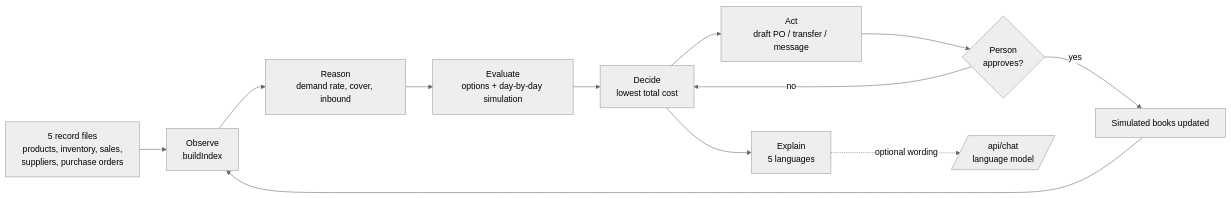
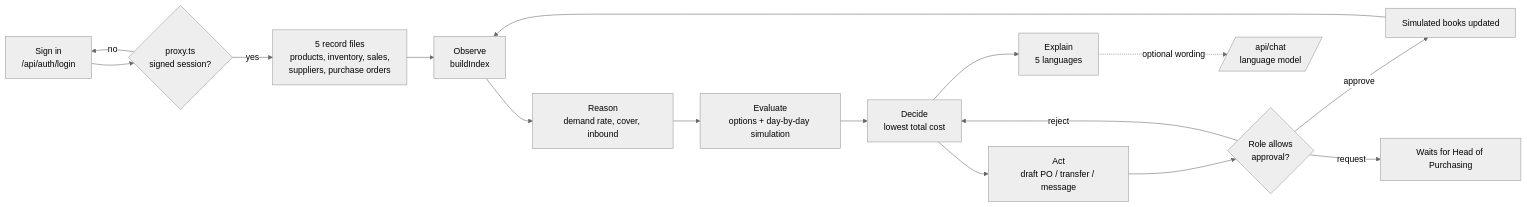
Before and after one commit to UJESH2K/cypher-4: the diagram in README.md, drawn with Mermaid (neutral theme). The commit also changed other lines of this file and 50 other files, not shown here.

````diff
--- a/README.md
+++ b/README.md
@@ -57,13 +75,17 @@
 ```mermaid
 flowchart LR
-  A[5 record files<br/>products, inventory, sales,<br/>suppliers, purchase orders] --> B[Observe<br/>buildIndex]
+  L[Sign in<br/>/api/auth/login] --> P{proxy.ts<br/>signed session?}
+  P -- no --> L
+  P -- yes --> A[5 record files<br/>products, inventory, sales,<br/>suppliers, purchase orders]
+  A --> B[Observe<br/>buildIndex]
   B --> C[Reason<br/>demand rate, cover, inbound]
   C --> D[Evaluate<br/>options + day-by-day simulation]
   D --> E[Decide<br/>lowest total cost]
   E --> F[Act<br/>draft PO / transfer / message]
-  F --> G{Person<br/>approves?}
-  G -- yes --> H[Simulated books updated] --> B
-  G -- no --> E
+  F --> G{Role allows<br/>approval?}
+  G -- approve --> H[Simulated books updated] --> B
+  G -- request --> R[Waits for Head of Purchasing]
+  G -- reject --> E
   E --> I[Explain<br/>5 languages]
   I -. optional wording .-> J[/api/chat<br/>language model/]
 ```
````
